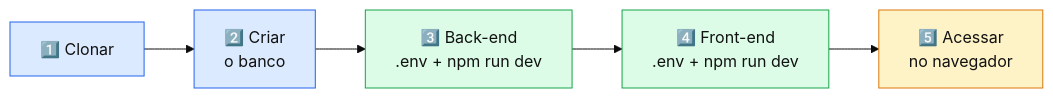
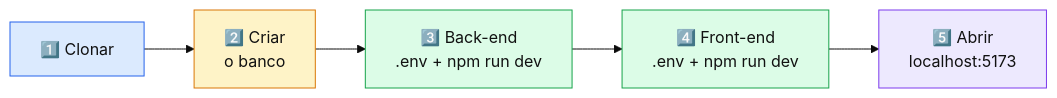
Diagram 13 of 15 in README.md (Protagonistas-ADS/PI-2), drawn with Mermaid (base theme) before and after one commit. The commit also changed other lines of this file, not shown here.

````diff
--- a/README.md
+++ b/README.md
@@ -703,10 +1125,10 @@
 ```mermaid
 flowchart LR
-    A["1️⃣ Clonar"] --> B["2️⃣ Criar<br/>o banco"] --> C["3️⃣ Back-end<br/>.env + npm run dev"] --> D["4️⃣ Front-end<br/>.env + npm run dev"] --> E["5️⃣ Acessar<br/>no navegador"]
+    A["1️⃣ Clonar"] --> B["2️⃣ Criar<br/>o banco"] --> C["3️⃣ Back-end<br/>.env + npm run dev"] --> D["4️⃣ Front-end<br/>.env + npm run dev"] --> E["5️⃣ Abrir<br/>localhost:5173"]
 
     style A fill:#dbeafe,stroke:#2563eb,color:#111
-    style B fill:#dbeafe,stroke:#2563eb,color:#111
+    style B fill:#fef3c7,stroke:#d97706,color:#111
     style C fill:#dcfce7,stroke:#16a34a,color:#111
     style D fill:#dcfce7,stroke:#16a34a,color:#111
-    style E fill:#fef3c7,stroke:#d97706,color:#111
+    style E fill:#ede9fe,stroke:#7c3aed,color:#111
 ```
````
